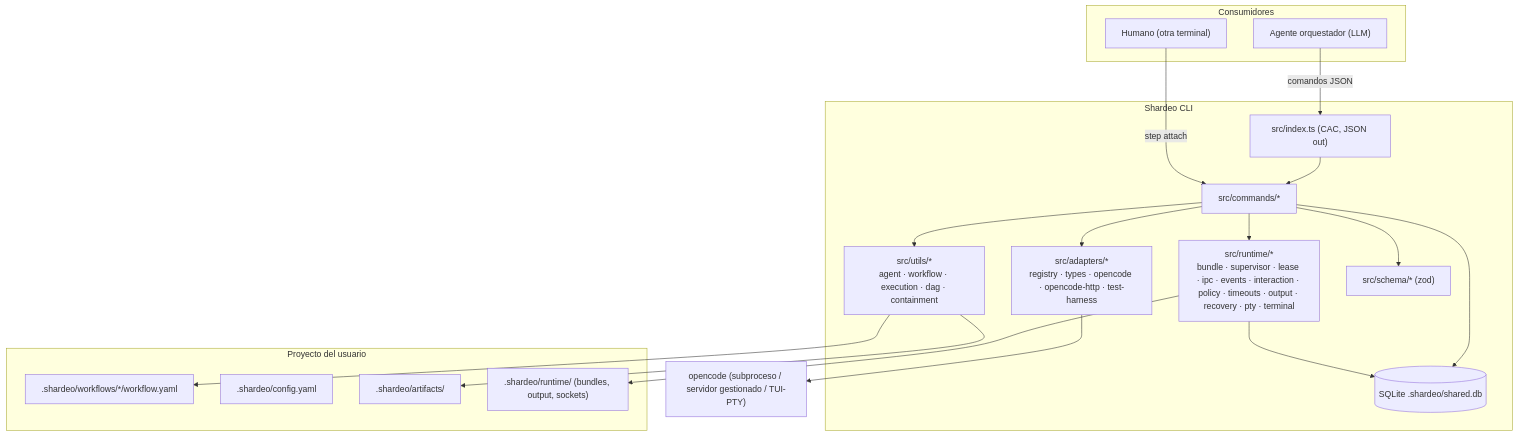
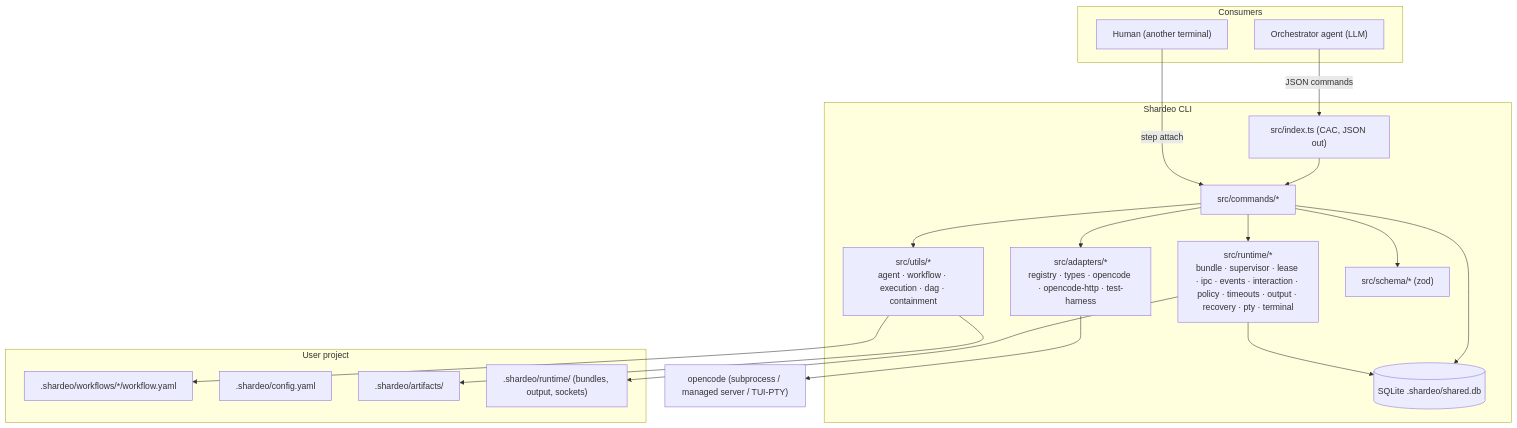
Before and after one commit to HectorCortes/haro: the first of 4 diagrams in docs/reference/PROJECT_CONTEXT.md, drawn with Mermaid. The commit also changed other lines of this file and 2 other files, not shown here.

Commit message:
docs: translate v1 reference docs to English (SPECS, business context, project context)

````diff
--- a/docs/reference/PROJECT_CONTEXT.md
+++ b/docs/reference/PROJECT_CONTEXT.md
@@ -115,32 +115,32 @@
 ```mermaid
 graph TB
-    subgraph Consumidores
-        ORQ["Agente orquestador (LLM)"]
-        HUM["Humano (otra terminal)"]
+    subgraph Consumers
+        ORQ["Orchestrator agent (LLM)"]
+        HUM["Human (another terminal)"]
     end
     subgraph "Shardeo CLI"
         IDX["src/index.ts (CAC, JSON out)"]
         CMD["src/commands/*"]
         UT["src/utils/*<br/>agent · workflow · execution · dag · containment"]
         RT["src/runtime/*<br/>bundle · supervisor · lease · ipc · events · interaction · policy · timeouts · output · recovery · pty · terminal"]
         AD["src/adapters/*<br/>registry · types · opencode · opencode-http · test-harness"]
         SCH["src/schema/* (zod)"]
         DB[("SQLite .shardeo/shared.db")]
     end
-    subgraph "Proyecto del usuario"
+    subgraph "User project"
         WF[".shardeo/workflows/*/workflow.yaml"]
         CFG[".shardeo/config.yaml"]
         ART[".shardeo/artifacts/"]
         RUNT[".shardeo/runtime/ (bundles, output, sockets)"]
     end
-    OC["opencode (subproceso / servidor gestionado / TUI-PTY)"]
+    OC["opencode (subprocess / managed server / TUI-PTY)"]
 
-    ORQ -->|comandos JSON| IDX --> CMD
+    ORQ -->|JSON commands| IDX --> CMD
     HUM -->|step attach| CMD
     CMD --> UT & RT & AD & SCH
     CMD --> DB
     RT --> DB
     AD --> OC
     UT --> WF & ART
     RT --> RUNT
 ```
````
